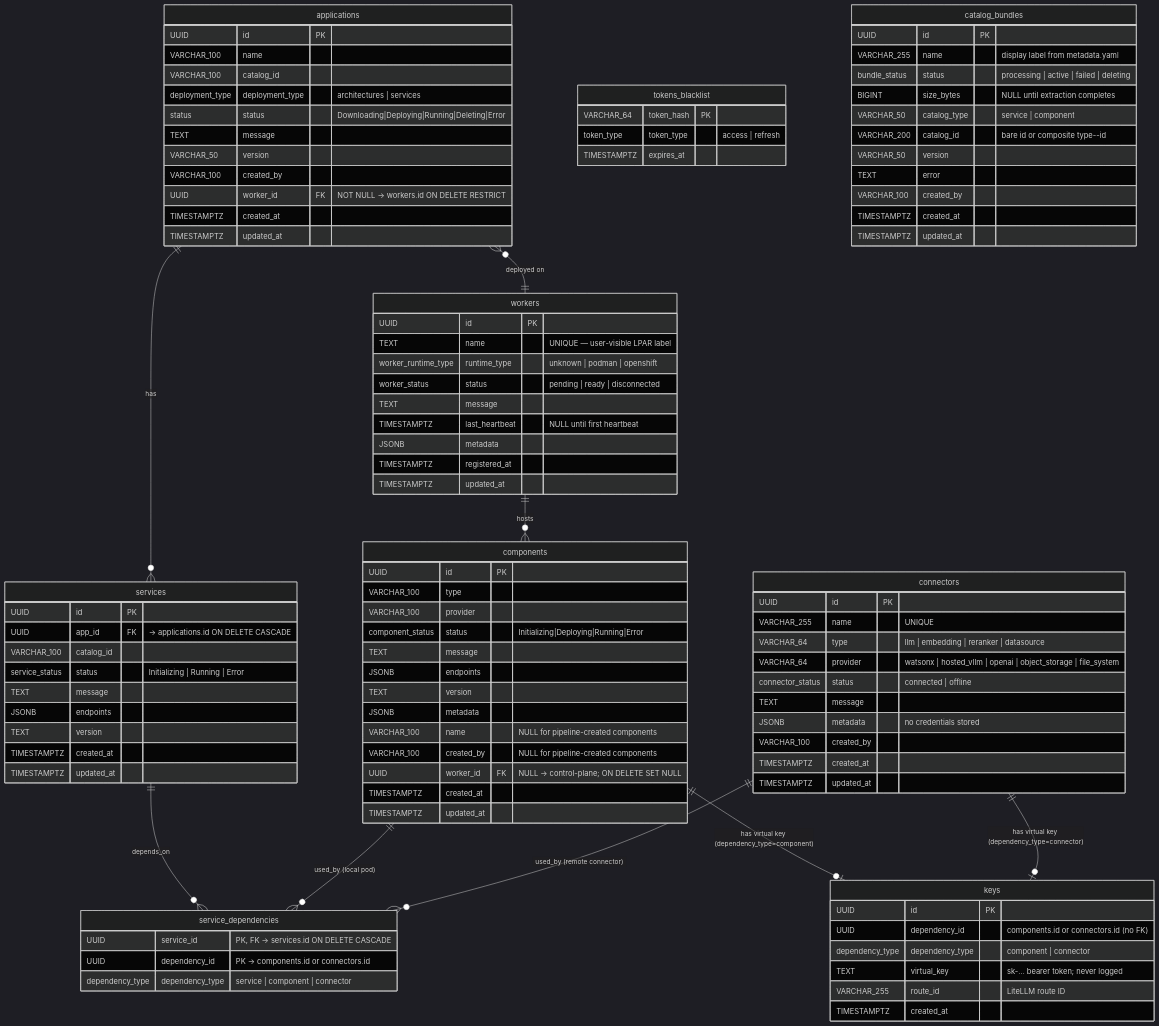
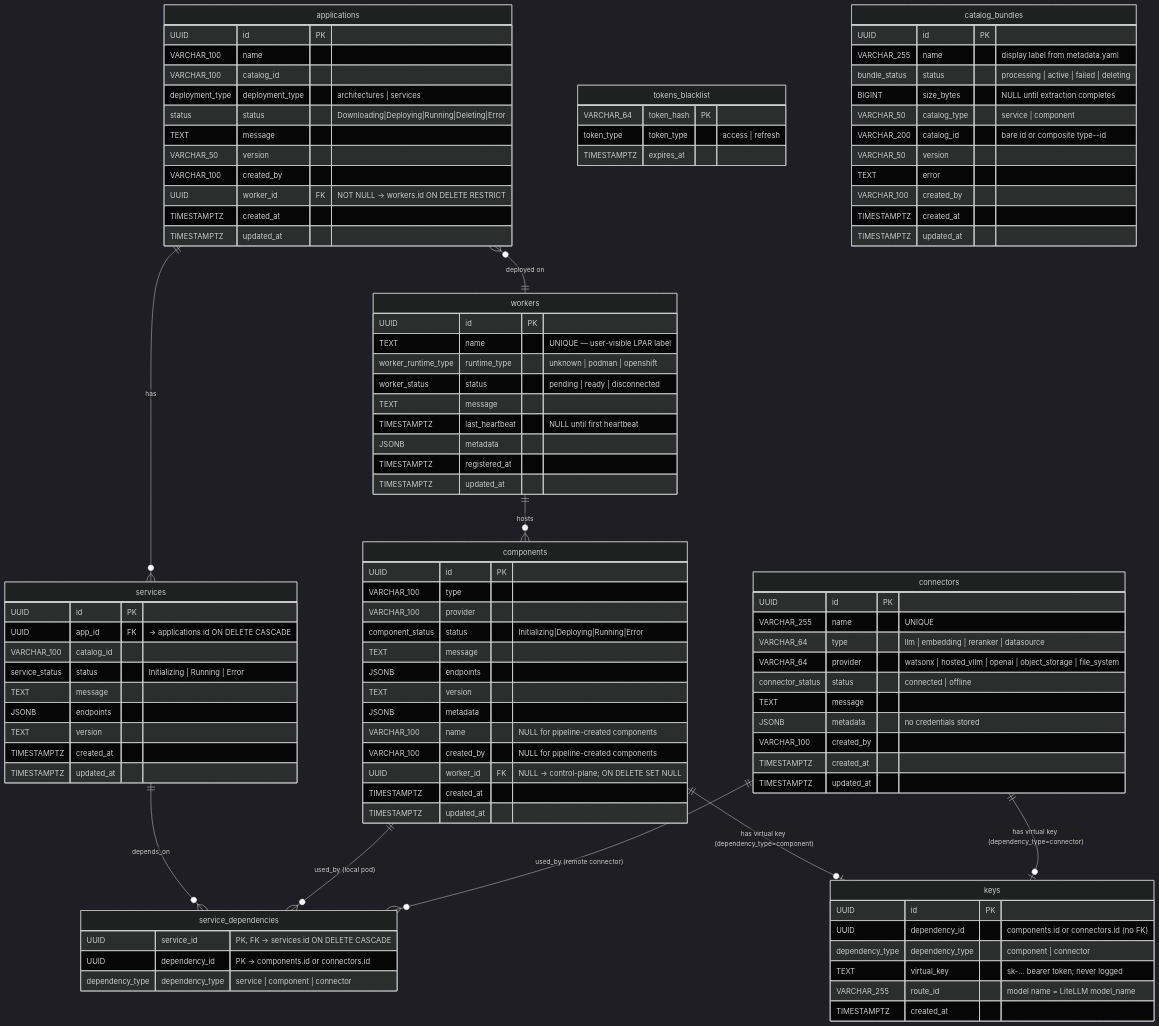
One commit to mayuka-c/project-ai-services changed the diagram in docs/proposals/model-management/model-management-LLD.md. Above: the diagram before and after it, drawn with Mermaid (dark theme). The commit also changed other lines of this file and 3 other files, not shown here.

```diff
--- a/docs/proposals/model-management/model-management-LLD.md
+++ b/docs/proposals/model-management/model-management-LLD.md
@@ -830,7 +855,7 @@
         UUID            dependency_id      "components.id or connectors.id (no FK)"
         dependency_type dependency_type    "component | connector"
         TEXT        virtual_key        "sk-… bearer token; never logged"
-        VARCHAR_255 route_id           "LiteLLM route ID"
+        VARCHAR_255 route_id           "model name = LiteLLM model_name"
         TIMESTAMPTZ created_at
     }
 
```
